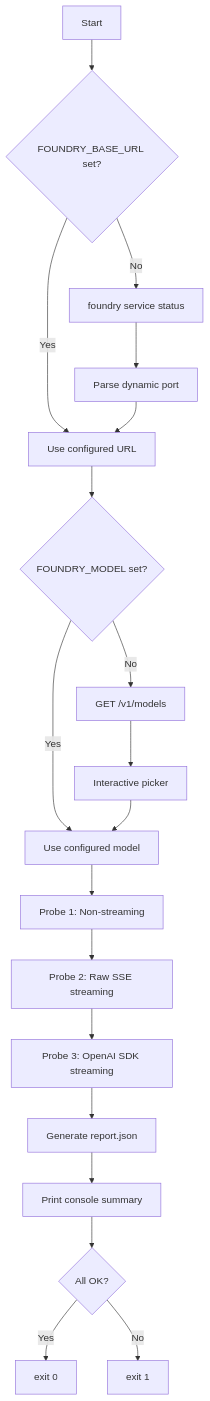
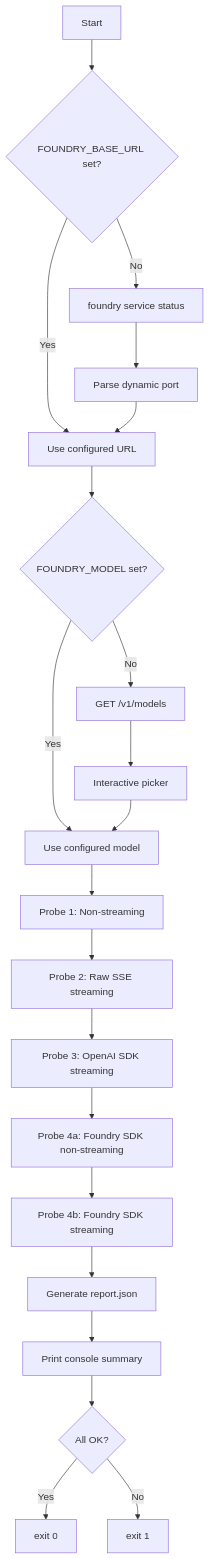
Before and after one commit to leestott/streaming_demo_foundrylocal: the first of 4 diagrams in README.md, drawn with Mermaid. The commit also changed other lines of this file and 18 other files, not shown here.

````diff
--- a/README.md
+++ b/README.md
@@ -426,21 +476,23 @@
 ```mermaid
 flowchart TD
     A[Start] --> SD{FOUNDRY_BASE_URL set?}
     SD -->|Yes| D2[Use configured URL]
     SD -->|No| SD1[foundry service status]
     SD1 --> SD2[Parse dynamic port]
     SD2 --> D2
     D2 --> B{FOUNDRY_MODEL set?}
     B -->|Yes| D[Use configured model]
     B -->|No| C[GET /v1/models]
     C --> C1[Interactive picker]
     C1 --> D
     D --> P1[Probe 1: Non-streaming]
     P1 --> P2[Probe 2: Raw SSE streaming]
     P2 --> P3[Probe 3: OpenAI SDK streaming]
-    P3 --> R[Generate report.json]
+    P3 --> P4a[Probe 4a: Foundry SDK non-streaming]
+    P4a --> P4b[Probe 4b: Foundry SDK streaming]
+    P4b --> R[Generate report.json]
     R --> S[Print console summary]
     S --> E{All OK?}
     E -->|Yes| E1[exit 0]
     E -->|No| E2[exit 1]
 ```
````
